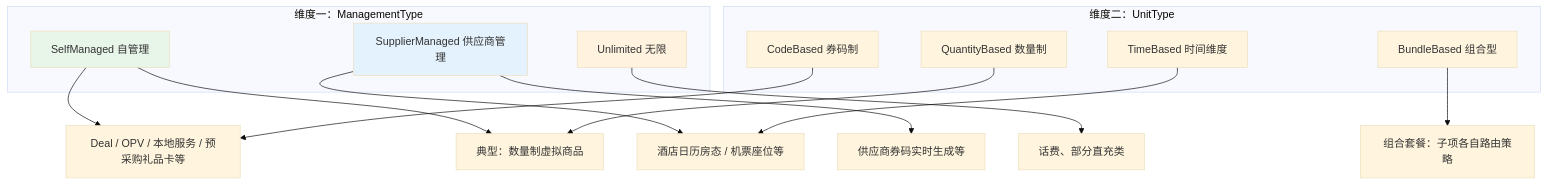
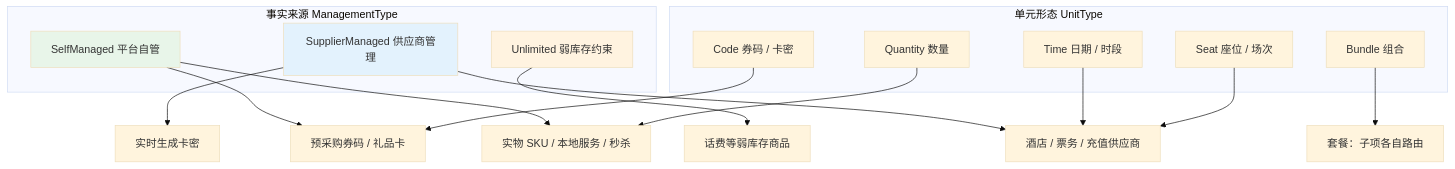
Before and after one commit to wxquare/wxquare.github.io: the first of 6 diagrams in ecommerce-book/src/part2/supply/chapter8.md, drawn with Mermaid (base theme). The commit also changed other lines of this file and 17 other files, not shown here.

````diff
--- a/ecommerce-book/src/part2/supply/chapter8.md
+++ b/ecommerce-book/src/part2/supply/chapter8.md
@@ -84,30 +392,32 @@
 ```mermaid
 flowchart TB
-  subgraph D1[维度一：ManagementType]
-    M1[SelfManaged 自管理]
+  subgraph D1[事实来源 ManagementType]
+    M1[SelfManaged 平台自管]
     M2[SupplierManaged 供应商管理]
-    M3[Unlimited 无限]
+    M3[Unlimited 弱库存约束]
   end
 
-  subgraph D2[维度二：UnitType]
-    U1[CodeBased 券码制]
-    U2[QuantityBased 数量制]
-    U3[TimeBased 时间维度]
-    U4[BundleBased 组合型]
+  subgraph D2[单元形态 UnitType]
+    U1[Quantity 数量]
+    U2[Code 券码 / 卡密]
+    U3[Time 日期 / 时段]
+    U4[Seat 座位 / 场次]
+    U5[Bundle 组合]
   end
 
-  M1 --> C1[Deal / OPV / 本地服务 / 预采购礼品卡等]
-  M1 --> C2[典型：数量制虚拟商品]
-  M2 --> C3[酒店日历房态 / 机票座位等]
-  M2 --> C4[供应商券码实时生成等]
-  M3 --> C5[话费、部分直充类]
+  M1 --> C1[实物 SKU / 本地服务 / 秒杀]
+  M1 --> C2[预采购券码 / 礼品卡]
+  M2 --> C3[酒店 / 票务 / 充值供应商]
+  M2 --> C4[实时生成卡密]
+  M3 --> C5[话费等弱库存商品]
 
   U1 --> C1
   U2 --> C2
   U3 --> C3
-  U4 --> C6[组合套餐：子项各自路由策略]
+  U4 --> C3
+  U5 --> C6[套餐：子项各自路由]
 
   style M1 fill:#e8f5e9
   style M2 fill:#e3f2fd
   style M3 fill:#fff3e0
 ```
````
